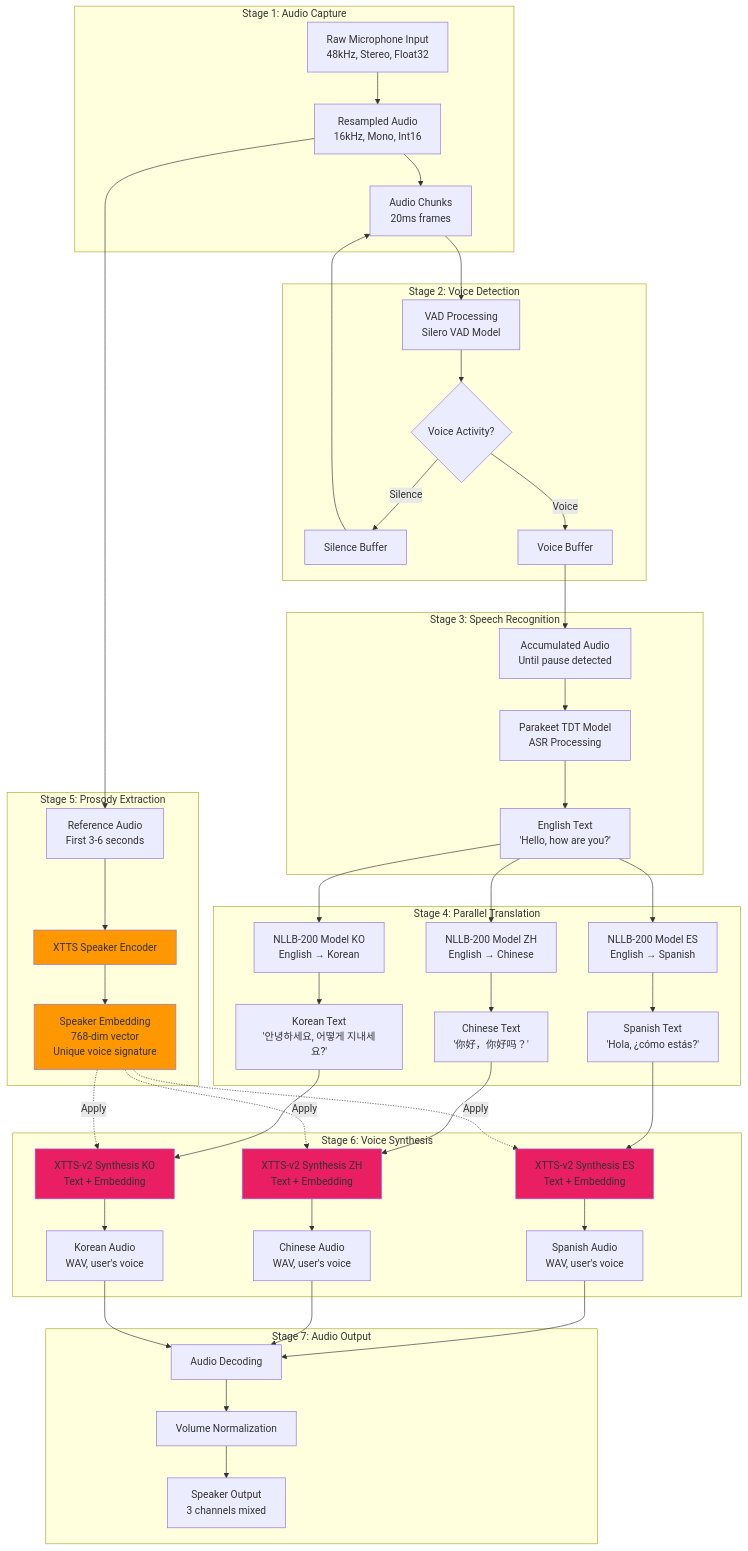
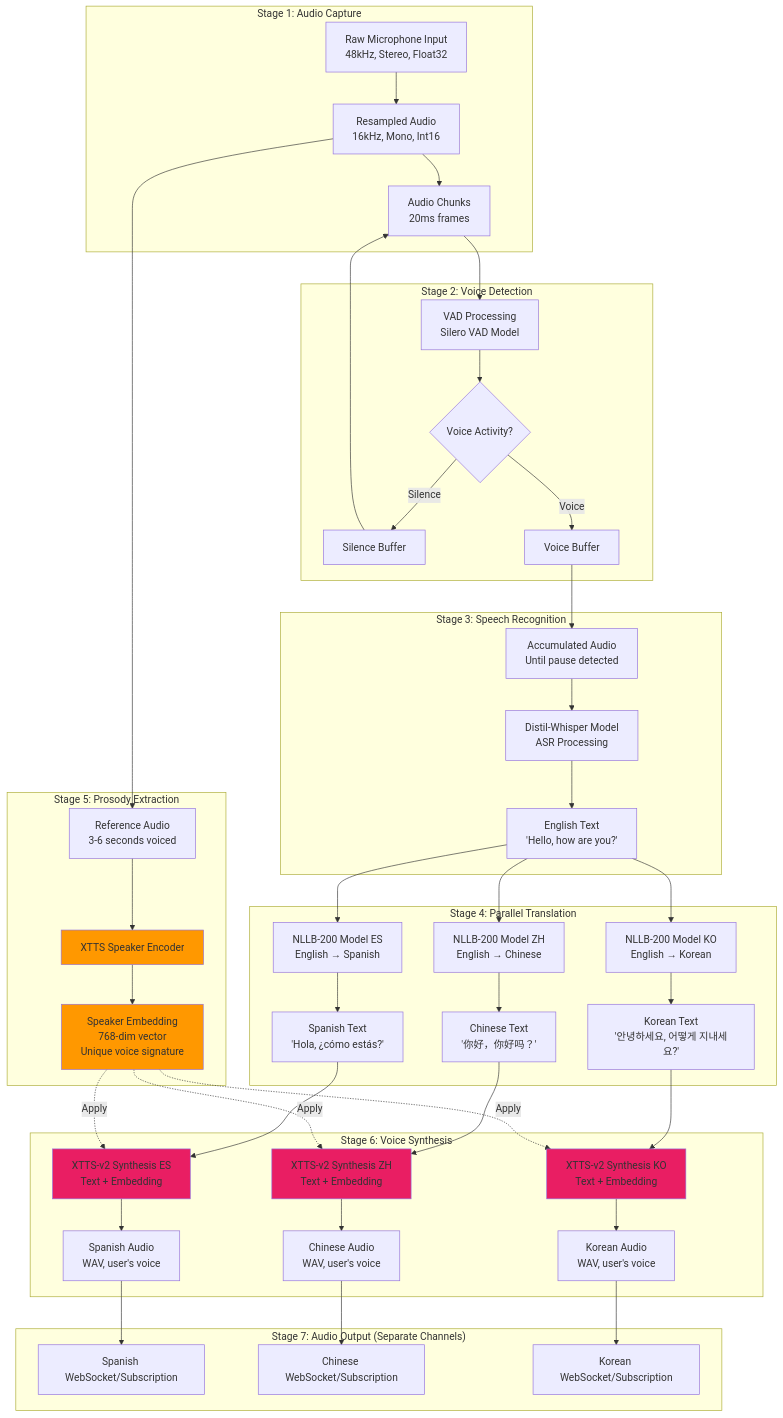
Before and after one commit to naturally-translate/voice-bridge: diagram 11 of 17 in plans/project-plan.md, drawn with Mermaid. The commit also changed other lines of this file, not shown here.

```diff
--- a/plans/project-plan.md
+++ b/plans/project-plan.md
@@ -660,7 +721,7 @@
 
     subgraph "Stage 3: Speech Recognition"
         C1[Accumulated Audio<br/>Until pause detected]
-        C2[Parakeet TDT Model<br/>ASR Processing]
+        C2[Distil-Whisper Model<br/>ASR Processing]
         C3[English Text<br/>'Hello, how are you?']
     end
 
@@ -674,7 +735,7 @@
     end
 
     subgraph "Stage 5: Prosody Extraction"
-        E1[Reference Audio<br/>First 3-6 seconds]
+        E1[Reference Audio<br/>3-6 seconds voiced]
         E2[XTTS Speaker Encoder]
         E3[Speaker Embedding<br/>768-dim vector<br/>Unique voice signature]
     end
@@ -688,10 +749,10 @@
         F6[Korean Audio<br/>WAV, user's voice]
     end
 
-    subgraph "Stage 7: Audio Output"
-        G1[Audio Decoding]
-        G2[Volume Normalization]
-        G3[Speaker Output<br/>3 channels mixed]
+    subgraph "Stage 7: Audio Output (Separate Channels)"
+        G1[Spanish WebSocket/Subscription]
+        G2[Chinese WebSocket/Subscription]
+        G3[Korean WebSocket/Subscription]
     end
 
     A1 --> A2 --> A3
@@ -723,10 +784,8 @@
     F3 --> F6
 
     F4 --> G1
-    F5 --> G1
-    F6 --> G1
-    G1 --> G2
-    G2 --> G3
+    F5 --> G2
+    F6 --> G3
 
     style E3 fill:#ff9800
     style E2 fill:#ff9800
```
